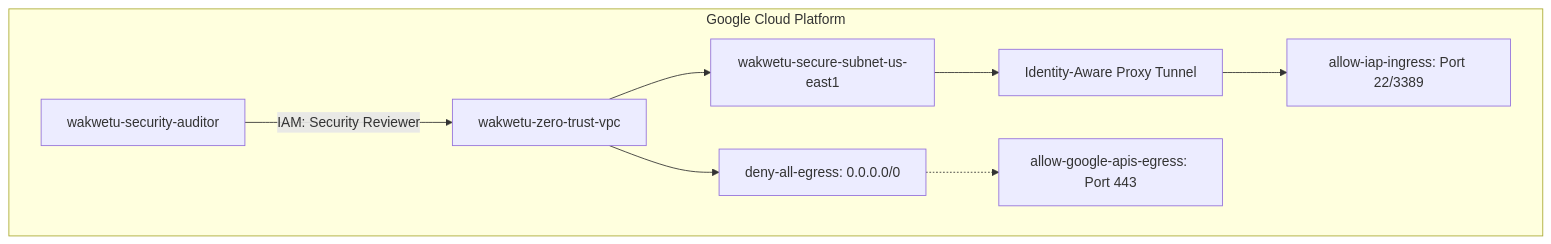
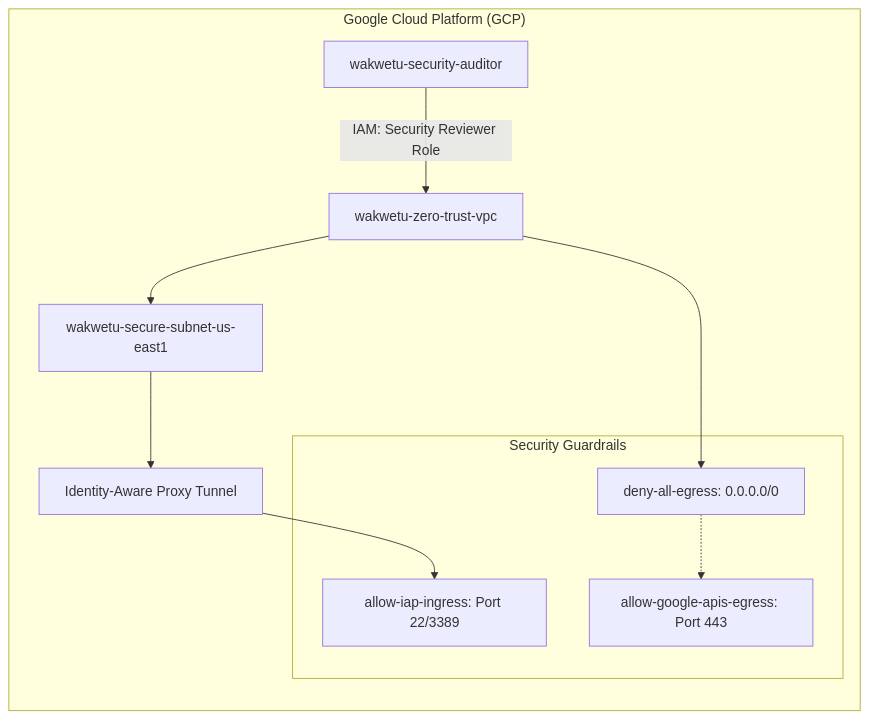
The diagram in README.md (Alwende/Sovereign-Cloud-Governance-GCP), drawn with Mermaid before and after one commit. The commit also changed other lines of this file, not shown here.

Commit message:
Executive Update: Restored and elevated README with Live Architecture and Business Case

````diff
--- a/README.md
+++ b/README.md
@@ -5,19 +12,24 @@
 ```mermaid
 graph TD
-    subgraph "Google Cloud Platform"
+    subgraph "Google Cloud Platform (GCP)"
+        direction TB
         VPC[wakwetu-zero-trust-vpc]
         Subnet[wakwetu-secure-subnet-us-east1]
         IAP[Identity-Aware Proxy Tunnel]
-        FW1[allow-iap-ingress: Port 22/3389]
-        FW2[deny-all-egress: 0.0.0.0/0]
-        FW3[allow-google-apis-egress: Port 443]
+        
+        subgraph "Security Guardrails"
+            FW1[allow-iap-ingress: Port 22/3389]
+            FW2[deny-all-egress: 0.0.0.0/0]
+            FW3[allow-google-apis-egress: Port 443]
+        end
+
         SA[wakwetu-security-auditor]
 
         VPC --> Subnet
         Subnet --> IAP
         IAP --> FW1
         VPC --> FW2
         FW2 -.-> FW3
-        SA -- "IAM: Security Reviewer" --> VPC
+        SA -- "IAM: Security Reviewer Role" --> VPC
     end
 ```
````
